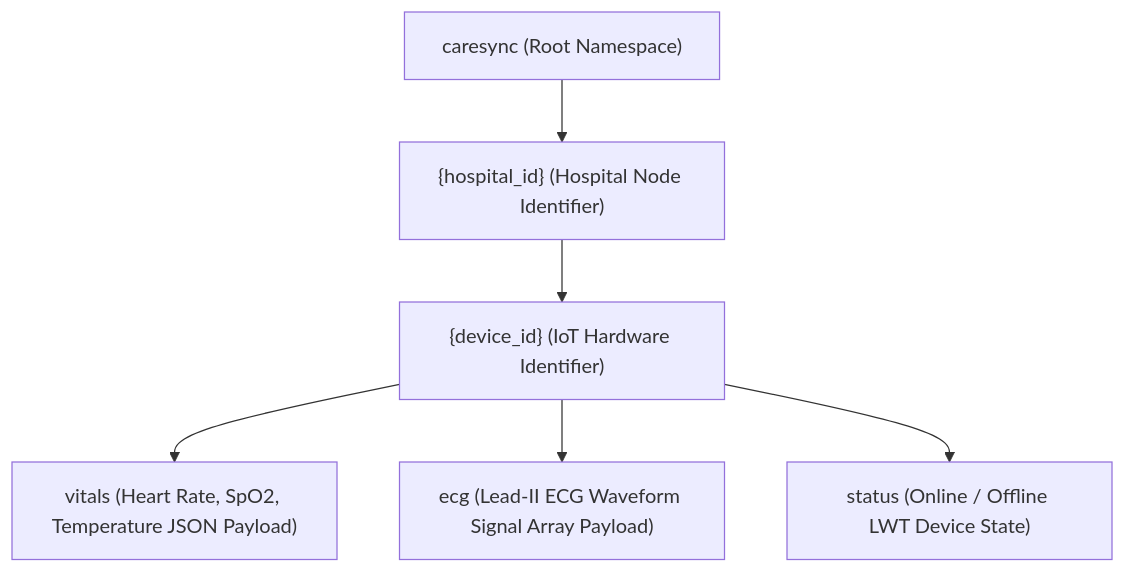
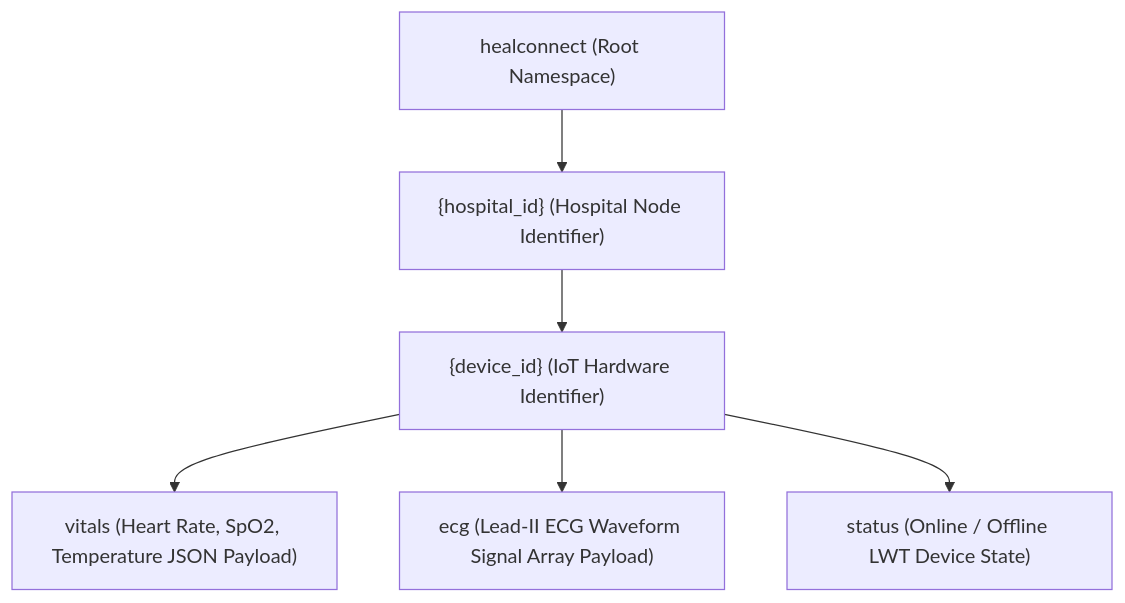
Before and after one commit to Pranjal-k22/CareSync: the seventh of 9 diagrams in architecture-project/complete project architecture.md, drawn with Mermaid. The commit also changed 13 other files, not shown here.

Commit message:
feat: add comprehensive system architecture, setup, troubleshooting, and IoT telemetry documentation

````diff
--- a/architecture-project/complete project architecture.md
+++ b/architecture-project/complete project architecture.md
@@ -277,18 +277,18 @@
 ```mermaid
 flowchart TD
-    Root["caresync (Root Namespace)"]
+    Root["healconnect (Root Namespace)"]
     
     Hospital["{hospital_id} (Hospital Node Identifier)"]
     Root --> Hospital
 
     Device["{device_id} (IoT Hardware Identifier)"]
     Hospital --> Device
 
     VitalsTopic["vitals (Heart Rate, SpO2, Temperature JSON Payload)"]
     ECGTopic["ecg (Lead-II ECG Waveform Signal Array Payload)"]
     StatusTopic["status (Online / Offline LWT Device State)"]
 
     Device --> VitalsTopic
     Device --> ECGTopic
     Device --> StatusTopic
 ```
````
